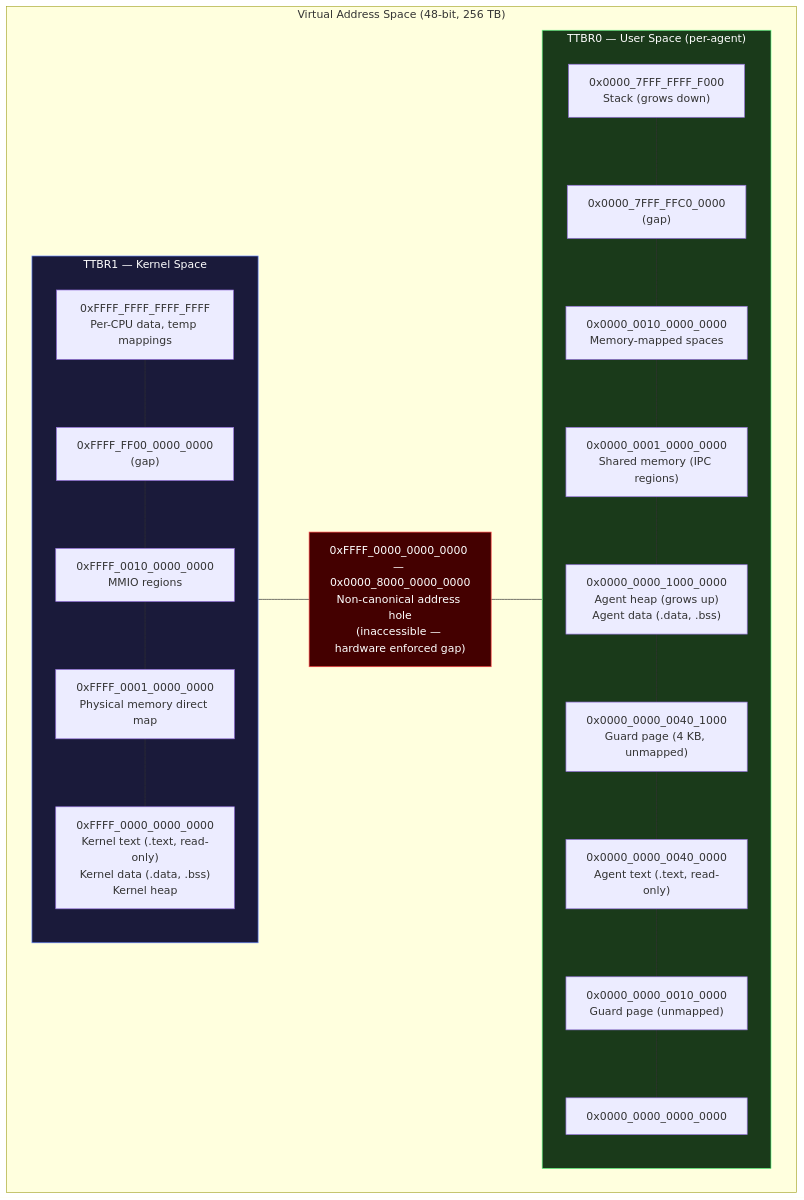
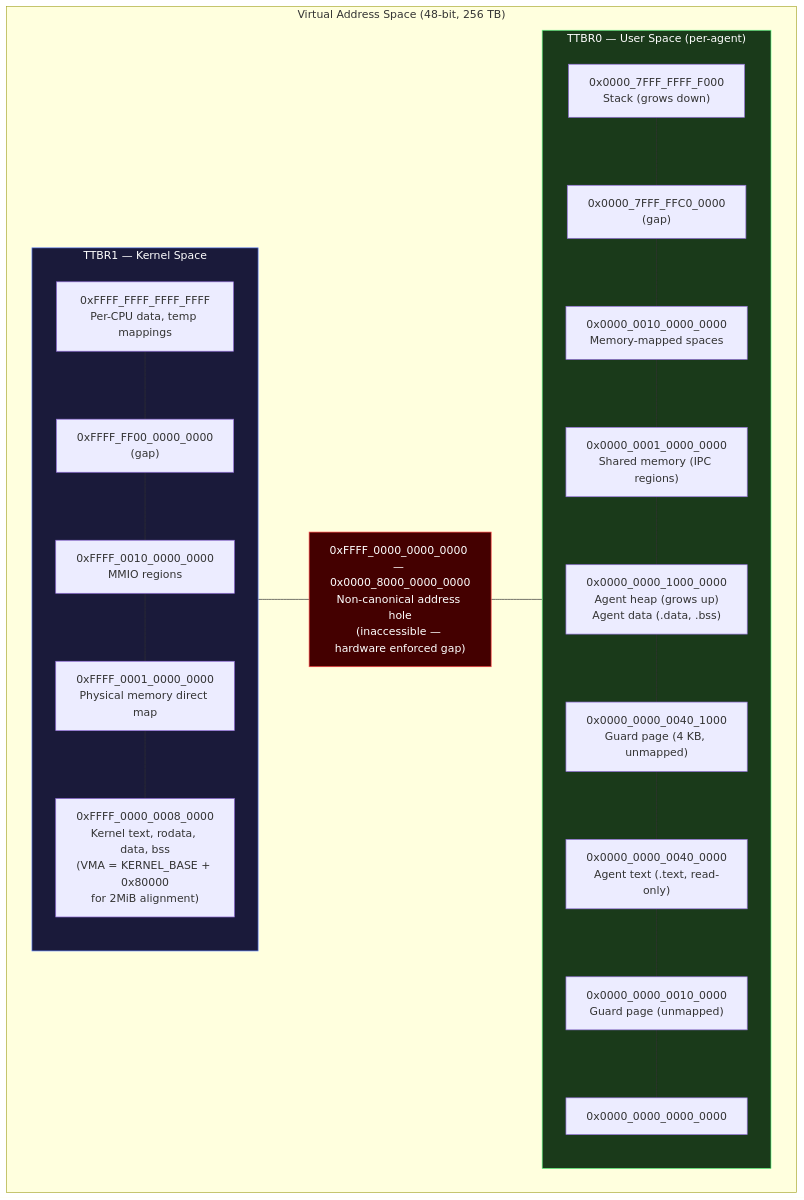
Before and after one commit to juslee/aios: the second of 8 diagrams in docs/kernel/memory.md, drawn with Mermaid. The commit also changed other lines of this file and 8 other files, not shown here.

````diff
--- a/docs/kernel/memory.md
+++ b/docs/kernel/memory.md
@@ -459,49 +459,49 @@
 ```mermaid
 flowchart TD
     subgraph vas["Virtual Address Space (48-bit, 256 TB)"]
         subgraph ttbr1["TTBR1 — Kernel Space"]
             K1["`0xFFFF_FFFF_FFFF_FFFF
 Per-CPU data, temp mappings`"]
             K2["`0xFFFF_FF00_0000_0000
 (gap)`"]
             K3["`0xFFFF_0010_0000_0000
 MMIO regions`"]
             K4["`0xFFFF_0001_0000_0000
 Physical memory direct map`"]
-            K5["`0xFFFF_0000_0000_0000
-Kernel text (.text, read-only)
-Kernel data (.data, .bss)
-Kernel heap`"]
+            K5["`0xFFFF_0000_0008_0000
+Kernel text, rodata, data, bss
+(VMA = KERNEL_BASE + 0x80000
+for 2MiB alignment)`"]
             K1 --- K2 --- K3 --- K4 --- K5
         end
         HOLE["`0xFFFF_0000_0000_0000 — 0x0000_8000_0000_0000
 Non-canonical address hole
 (inaccessible — hardware enforced gap)`"]
         subgraph ttbr0["TTBR0 — User Space (per-agent)"]
             U1["`0x0000_7FFF_FFFF_F000
 Stack (grows down)`"]
             U2["`0x0000_7FFF_FFC0_0000
 (gap)`"]
             U3["`0x0000_0010_0000_0000
 Memory-mapped spaces`"]
             U4["`0x0000_0001_0000_0000
 Shared memory (IPC regions)`"]
             U5["`0x0000_0000_1000_0000
 Agent heap (grows up)
 Agent data (.data, .bss)`"]
             U6["`0x0000_0000_0040_1000
 Guard page (4 KB, unmapped)`"]
             U7["`0x0000_0000_0040_0000
 Agent text (.text, read-only)`"]
             U8["`0x0000_0000_0010_0000
 Guard page (unmapped)`"]
             U9["0x0000_0000_0000_0000"]
             U1 --- U2 --- U3 --- U4 --- U5 --- U6 --- U7 --- U8 --- U9
         end
         ttbr1 --- HOLE --- ttbr0
     end
 
     style HOLE fill:#440000,stroke:#ff4444,color:#ffffff
     style ttbr1 fill:#1a1a3a,stroke:#6688ff,color:#ffffff
     style ttbr0 fill:#1a3a1a,stroke:#66ff88,color:#ffffff
 ```
````
